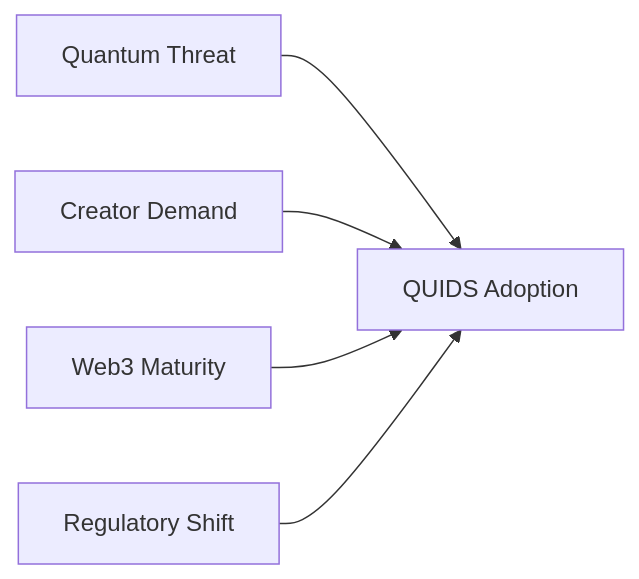
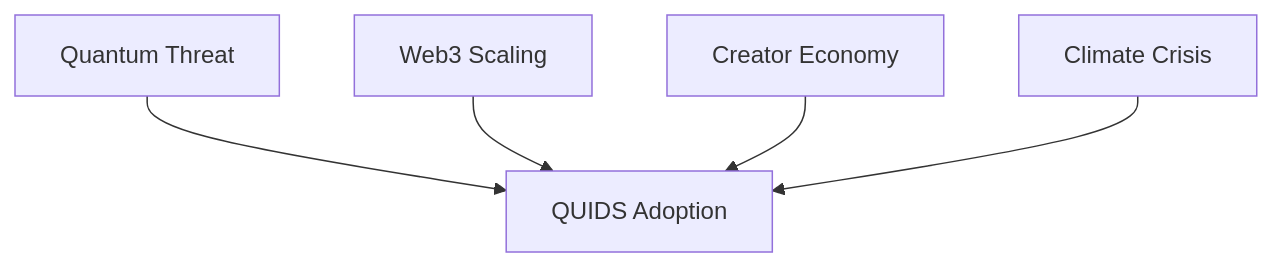
Before and after one commit to theaxiomverse/quids-evm-cpp: diagram 13 of 13 in WHITEPAPER.md, drawn with Mermaid. The commit also changed other lines of this file and 57 other files, not shown here.

````diff
--- a/WHITEPAPER.md
+++ b/WHITEPAPER.md
@@ -347,7 +440,7 @@
 ```mermaid
-graph LR
+graph TD
     A[Quantum Threat] --> B[QUIDS Adoption]
-    C[Creator Demand] --> B
-    D[Web3 Maturity] --> B
-    E[Regulatory Shift] --> B
+    C[Web3 Scaling] --> B
+    D[Creator Economy] --> B
+    E[Climate Crisis] --> B
 ```
````
